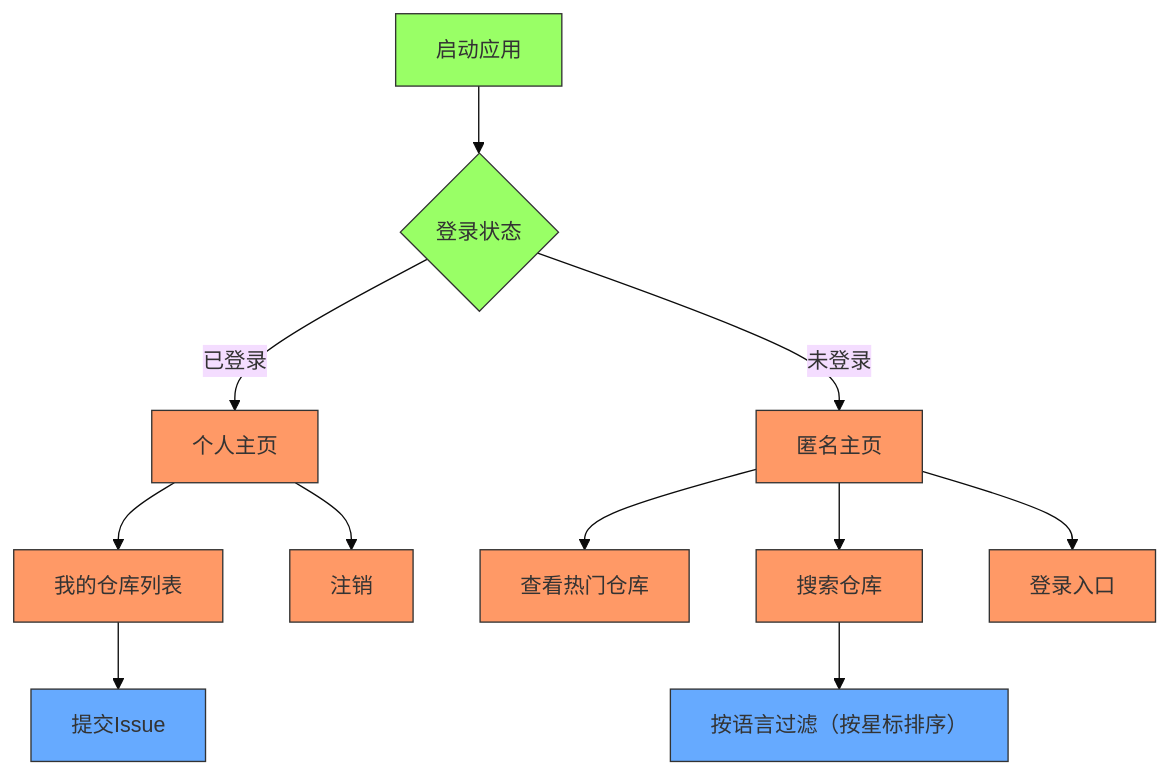
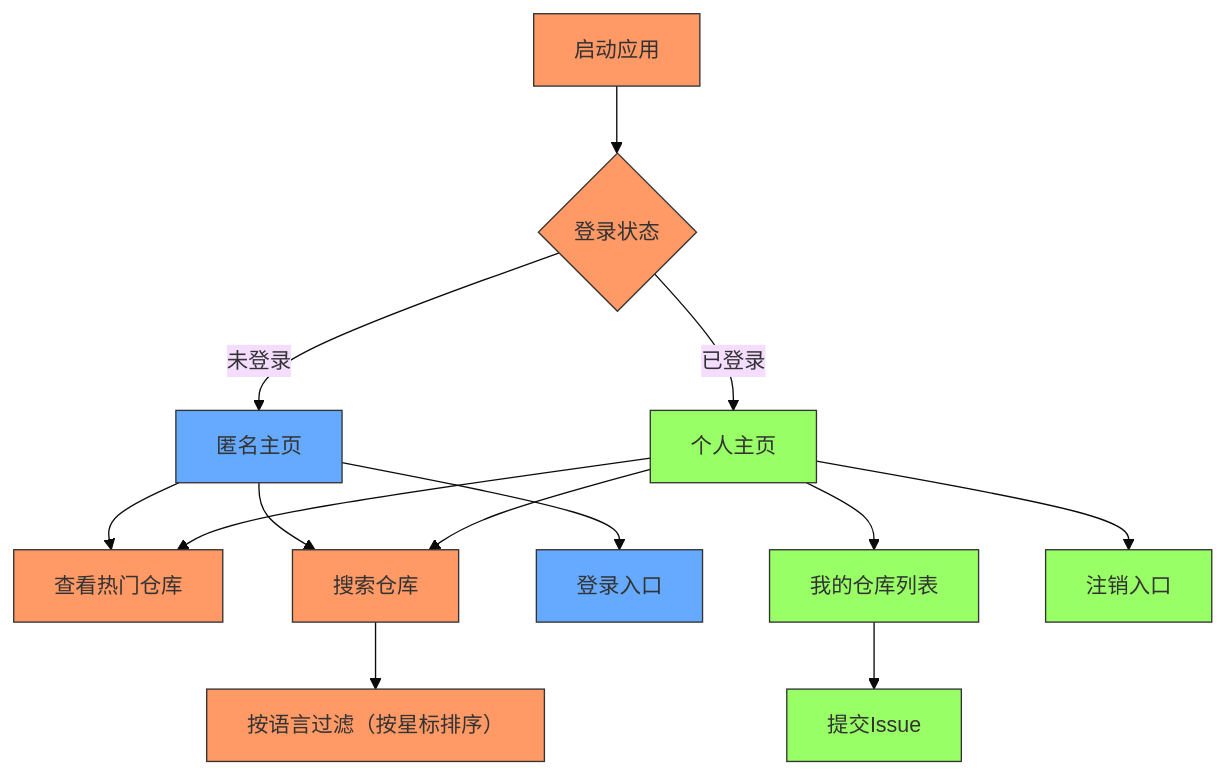
Before and after one commit to aCupOfBitterCoffee/GithubPOC: the first of 3 diagrams in umlSampleDesign.md, drawn with Mermaid (base theme).

Commit message:
Update umlSampleDesign.md
updated the UML sample

````diff
--- a/umlSampleDesign.md
+++ b/umlSampleDesign.md
@@ -7,25 +7,28 @@
 ```mermaid
 graph TD
     A[启动应用] --> B{登录状态}
     B -- 已登录 --> C[个人主页]
     B -- 未登录 --> D[匿名主页]
     
     D --> E[查看热门仓库]
     D --> F[搜索仓库]
     D --> H[登录入口]
     
+    C --> E[查看热门仓库]
+    C --> F[搜索仓库]
+    
     C --> I[我的仓库列表]
     I --> J[提交Issue]
-    C --> K[注销]
+    C --> K[注销入口]
     
     F --> L[按语言过滤（按星标排序）]
 
     
     classDef green fill:#9f6,stroke:#333;
     classDef orange fill:#f96,stroke:#333;
     classDef blue fill:#6af,stroke:#333;
     
-    class A,B green
-    class C,D,E,F,G,H,I,K orange
-    class J,L,M blue
+    class C,I,J,K green
+    class E,F,G,L,A,B orange
+    class H,D blue
 ```
````
